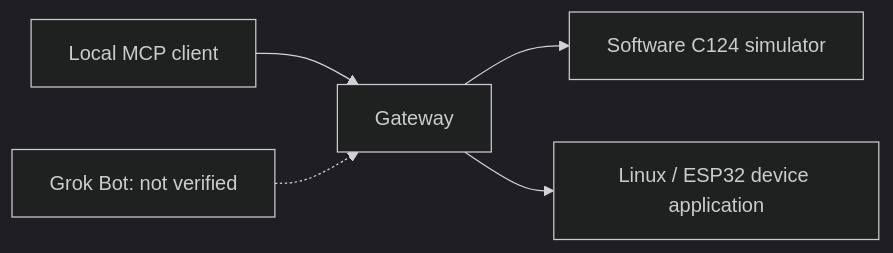
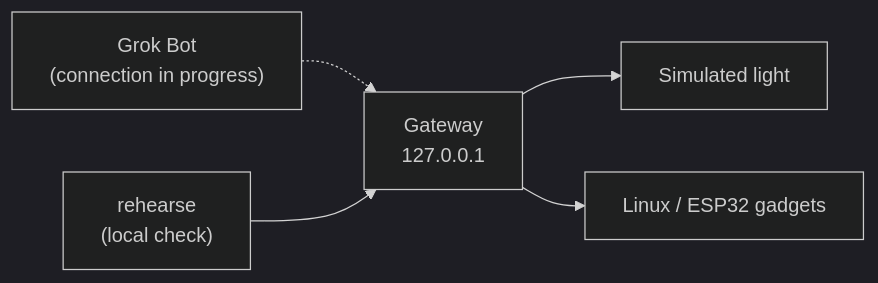
Before and after one commit to adidshaft/grok-gadgets: the diagram in docs/components/grok-gadgets-gateway-README.md, drawn with Mermaid (dark theme). The commit also changed other lines of this file and 56 other files, not shown here.

First line of the commit message:
docs(HUB-GROK-001): keep the whole project about Grok Bot only

````diff
--- a/docs/components/grok-gadgets-gateway-README.md
+++ b/docs/components/grok-gadgets-gateway-README.md
@@ -50,7 +31,7 @@
 ```mermaid
 flowchart LR
-    C["Local MCP client"] --> G["Gateway"]
-    G --> S["Software C124 simulator"]
-    G --> D["Linux / ESP32 device application"]
-    B["Grok Bot: not verified"] -.-> G
+    B["Grok Bot<br>(connection in progress)"] -.-> G["Gateway<br>127.0.0.1"]
+    R["rehearse<br>(local check)"] --> G
+    G --> S["Simulated light"]
+    G --> D["Linux / ESP32 gadgets"]
 ```
````
